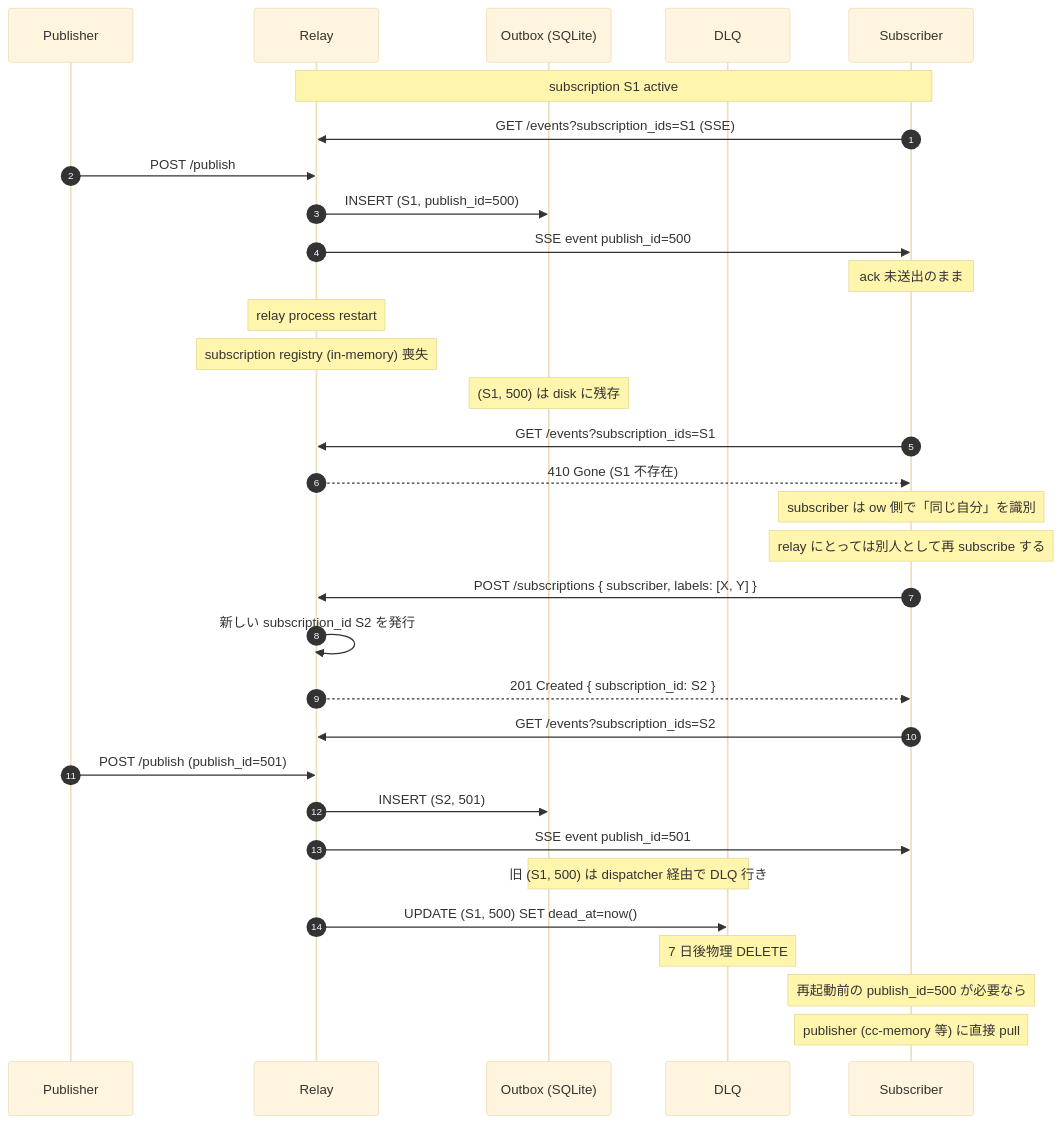
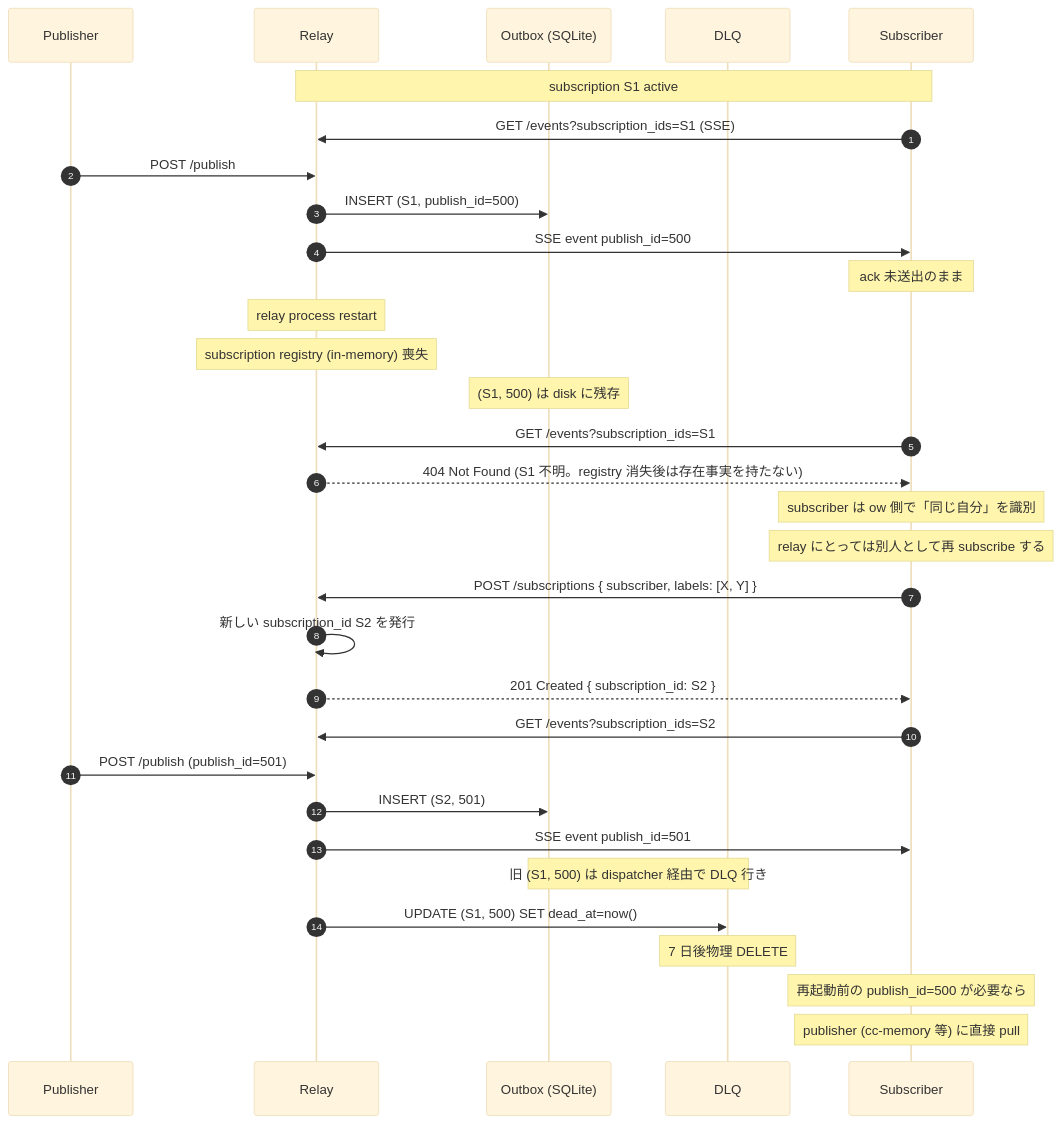
One commit to isizono/relay changed the sixth of 6 diagrams in docs/design/relay-sequences.md. Above: the diagram before and after it, drawn with Mermaid (base theme). The commit also changed other lines of this file and 5 other files, not shown here.

````diff
--- a/docs/design/relay-sequences.md
+++ b/docs/design/relay-sequences.md
@@ -210,41 +210,41 @@
 ```mermaid
 sequenceDiagram
     autonumber
     participant Pub as Publisher
     participant Relay
     participant Outbox as Outbox (SQLite)
     participant DLQ as DLQ
     participant Sub as Subscriber
 
     Note over Sub,Relay: subscription S1 active
     Sub->>Relay: GET /events?subscription_ids=S1 (SSE)
     Pub->>Relay: POST /publish
     Relay->>Outbox: INSERT (S1, publish_id=500)
     Relay->>Sub: SSE event publish_id=500
     Note over Sub: ack 未送出のまま
 
     Note over Relay: relay process restart
     Note over Relay: subscription registry (in-memory) 喪失
     Note over Outbox: (S1, 500) は disk に残存
 
     Sub->>Relay: GET /events?subscription_ids=S1
-    Relay-->>Sub: 410 Gone (S1 不存在)
+    Relay-->>Sub: 404 Not Found (S1 不明。registry 消失後は存在事実を持たない)
     Note over Sub: subscriber は ow 側で「同じ自分」を識別
     Note over Sub: relay にとっては別人として再 subscribe する
 
     Sub->>Relay: POST /subscriptions { subscriber, labels: [X, Y] }
     Relay->>Relay: 新しい subscription_id S2 を発行
     Relay-->>Sub: 201 Created { subscription_id: S2 }
     Sub->>Relay: GET /events?subscription_ids=S2
 
     Pub->>Relay: POST /publish (publish_id=501)
     Relay->>Outbox: INSERT (S2, 501)
     Relay->>Sub: SSE event publish_id=501
 
     Note over Outbox,DLQ: 旧 (S1, 500) は dispatcher 経由で DLQ 行き
     Relay->>DLQ: UPDATE (S1, 500) SET dead_at=now()
     Note over DLQ: 7 日後物理 DELETE
 
     Note over Sub: 再起動前の publish_id=500 が必要なら
     Note over Sub: publisher (cc-memory 等) に直接 pull
 ```
````
